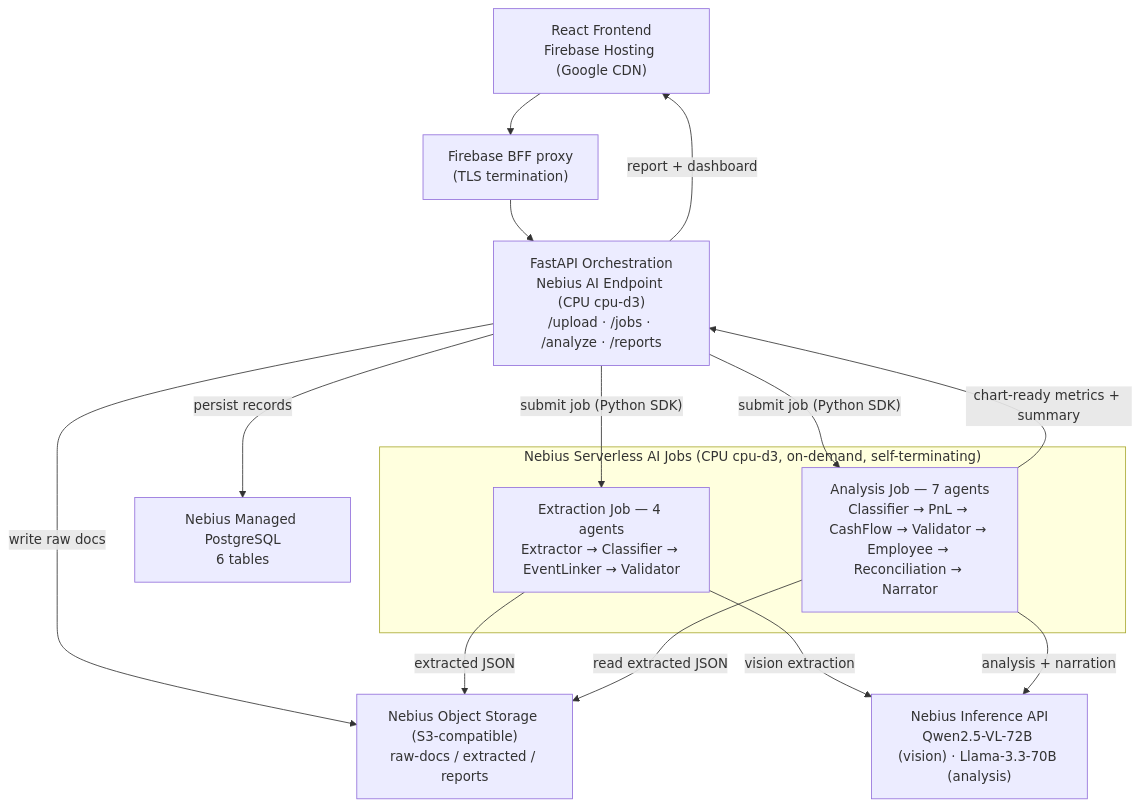
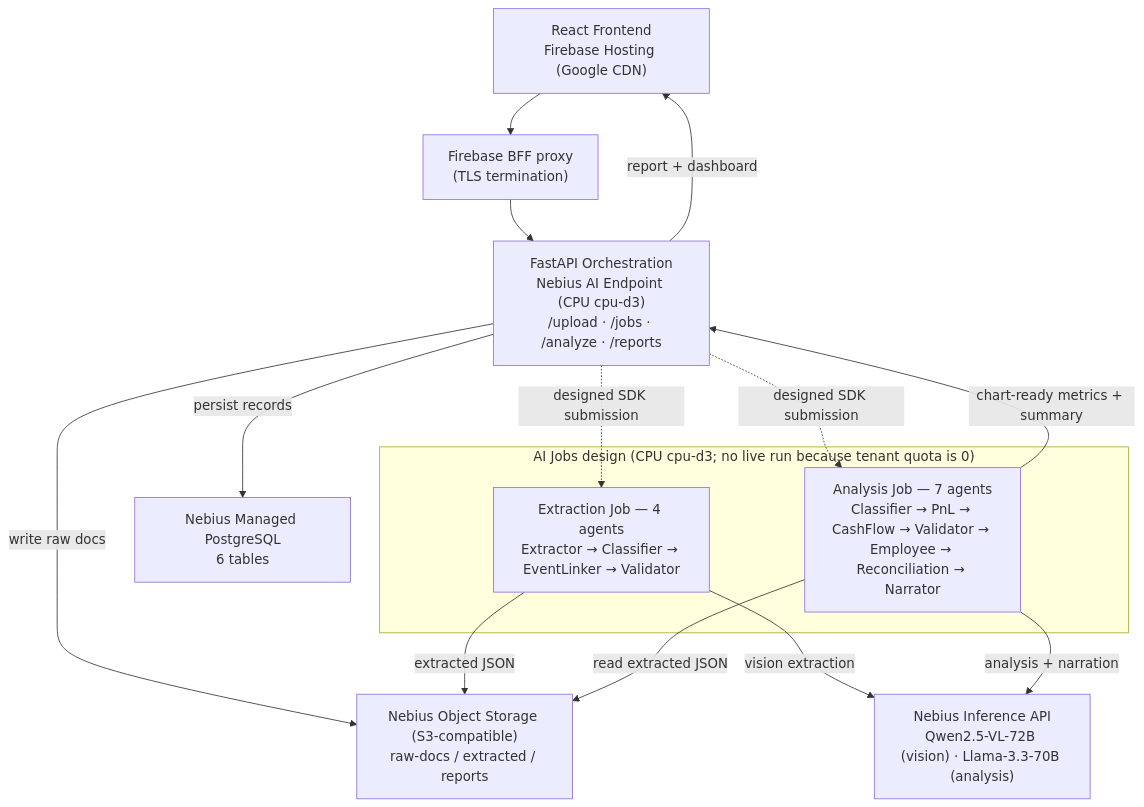
One commit to upgradedev/archon_nebius changed the diagram in README.md. Above: the diagram before and after it, drawn with Mermaid. The commit also changed other lines of this file and 74 other files, not shown here.

````diff
--- a/README.md
+++ b/README.md
@@ -89,27 +92,27 @@
 ```mermaid
 flowchart TB
     UI["React Frontend<br/>Firebase Hosting (Google CDN)"]
     BFF["Firebase BFF proxy<br/>(TLS termination)"]
     API["FastAPI Orchestration<br/>Nebius AI Endpoint (CPU cpu-d3)<br/>/upload · /jobs · /analyze · /reports"]
 
-    subgraph JOBS["Nebius Serverless AI Jobs (CPU cpu-d3, on-demand, self-terminating)"]
+    subgraph JOBS["AI Jobs design (CPU cpu-d3; no live run because tenant quota is 0)"]
         EXT["Extraction Job — 4 agents<br/>Extractor → Classifier → EventLinker → Validator"]
         ANA["Analysis Job — 7 agents<br/>Classifier → PnL → CashFlow → Validator → Employee → Reconciliation → Narrator"]
     end
 
     STORE["Nebius Object Storage (S3-compatible)<br/>raw-docs / extracted / reports"]
     DB["Nebius Managed PostgreSQL<br/>6 tables"]
     INF["Nebius Inference API<br/>Qwen2.5-VL-72B (vision) · Llama-3.3-70B (analysis)"]
 
     UI --> BFF --> API
     API -- "write raw docs" --> STORE
-    API -- "submit job (Python SDK)" --> EXT
-    API -- "submit job (Python SDK)" --> ANA
+    API -. "designed SDK submission" .-> EXT
+    API -. "designed SDK submission" .-> ANA
     EXT -- "vision extraction" --> INF
     EXT -- "extracted JSON" --> STORE
     ANA -- "read extracted JSON" --> STORE
     ANA -- "analysis + narration" --> INF
     ANA -- "chart-ready metrics + summary" --> API
     API -- "persist records" --> DB
     API -- "report + dashboard" --> UI
 ```
````
